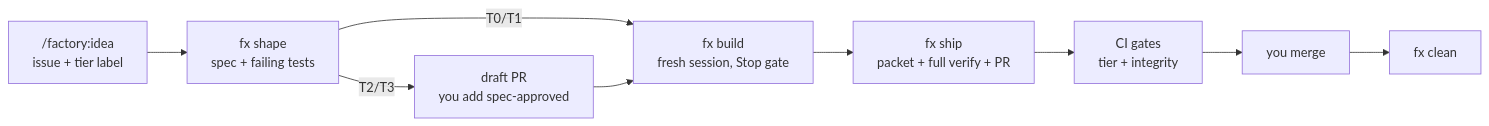
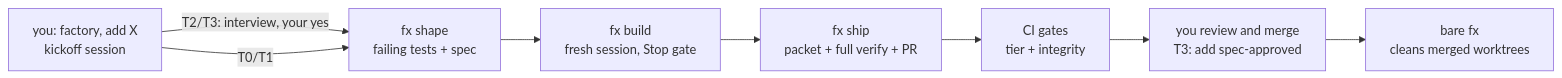
Before and after one commit to seifhamdy33/factory-core: the diagram in README.md, drawn with Mermaid. The commit also changed other lines of this file and 1 other file, not shown here.

Commit message:
Rewrite the README around tell Claude, answer, review the PR; fix the brief's fx size

````diff
--- a/README.md
+++ b/README.md
@@ -27,11 +27,10 @@
 ```mermaid
 flowchart LR
-  A["/factory:idea<br>issue + tier label"] --> B["fx shape<br>spec + failing tests"]
-  B -->|T2/T3| P["draft PR<br>you add spec-approved"]
-  B -->|T0/T1| C
-  P --> C["fx build<br>fresh session, Stop gate"]
+  A["you: factory, add X<br>kickoff session"] -->|T2/T3: interview, your yes| B["fx shape<br>failing tests + spec"]
+  A -->|T0/T1| B
+  B --> C["fx build<br>fresh session, Stop gate"]
   C --> D["fx ship<br>packet + full verify + PR"]
   D --> E["CI gates<br>tier + integrity"]
-  E --> F["you merge"]
-  F --> G["fx clean"]
+  E --> F["you review and merge<br>T3: add spec-approved"]
+  F --> G["bare fx<br>cleans merged worktrees"]
 ```
````
